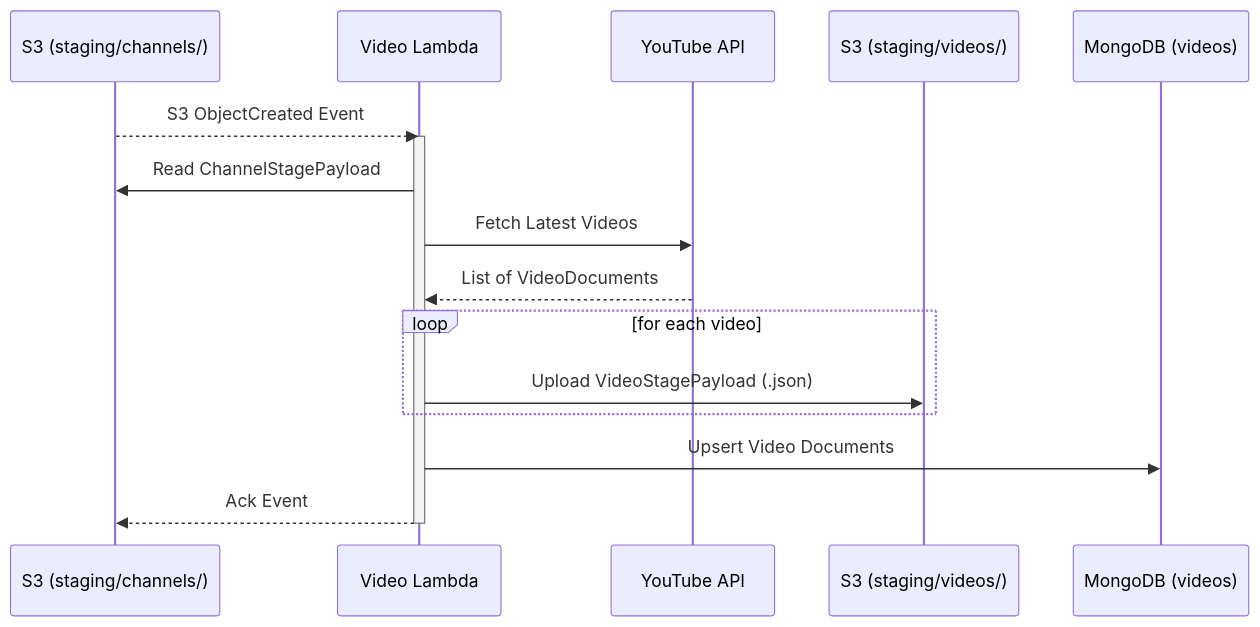
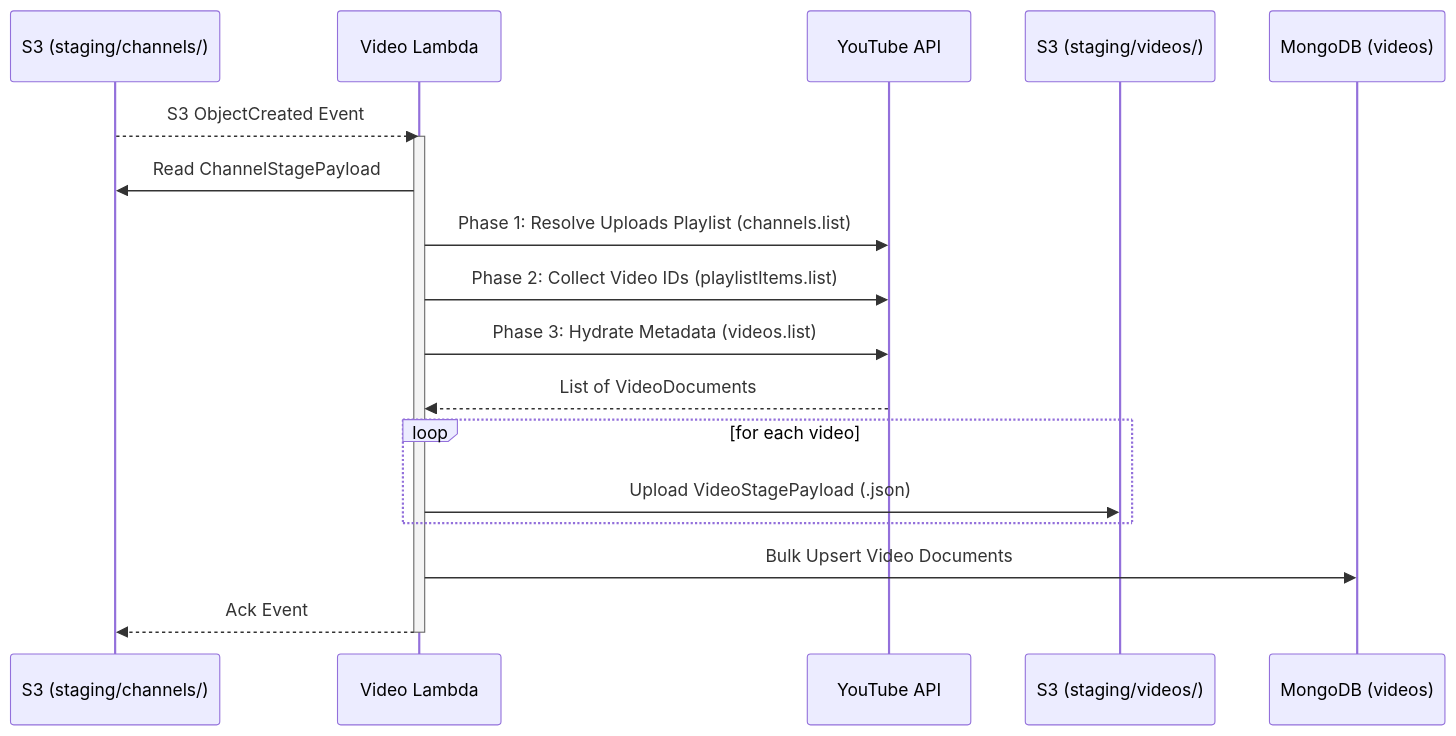
Before and after one commit to kaushalkrishna2000/youtube-bot-analytics: the second of 3 diagrams in video_lambda/README.md, drawn with Mermaid. The commit also changed other lines of this file and 3 other files, not shown here.

Commit message:
Update README files to reflect detailed execution flow, added enriched client-specific diagrams, enhanced YouTube API phase descriptions, and streamlined MongoDB persistence logic

````diff
--- a/video_lambda/README.md
+++ b/video_lambda/README.md
@@ -38,22 +52,24 @@
 ```mermaid
 sequenceDiagram
     participant S3_C as S3 (staging/channels/)
     participant VL as Video Lambda
     participant YT as YouTube API
     participant S3_V as S3 (staging/videos/)
     participant DB as MongoDB (videos)
 
     S3_C-->>VL: S3 ObjectCreated Event
     activate VL
     VL->>S3_C: Read ChannelStagePayload
-    VL->>YT: Fetch Latest Videos
+    VL->>YT: Phase 1: Resolve Uploads Playlist (channels.list)
+    VL->>YT: Phase 2: Collect Video IDs (playlistItems.list)
+    VL->>YT: Phase 3: Hydrate Metadata (videos.list)
     YT-->>VL: List of VideoDocuments
     
     loop for each video
         VL->>S3_V: Upload VideoStagePayload (.json)
     end
     
-    VL->>DB: Upsert Video Documents
+    VL->>DB: Bulk Upsert Video Documents
     VL-->>S3_C: Ack Event
     deactivate VL
 ```
````
